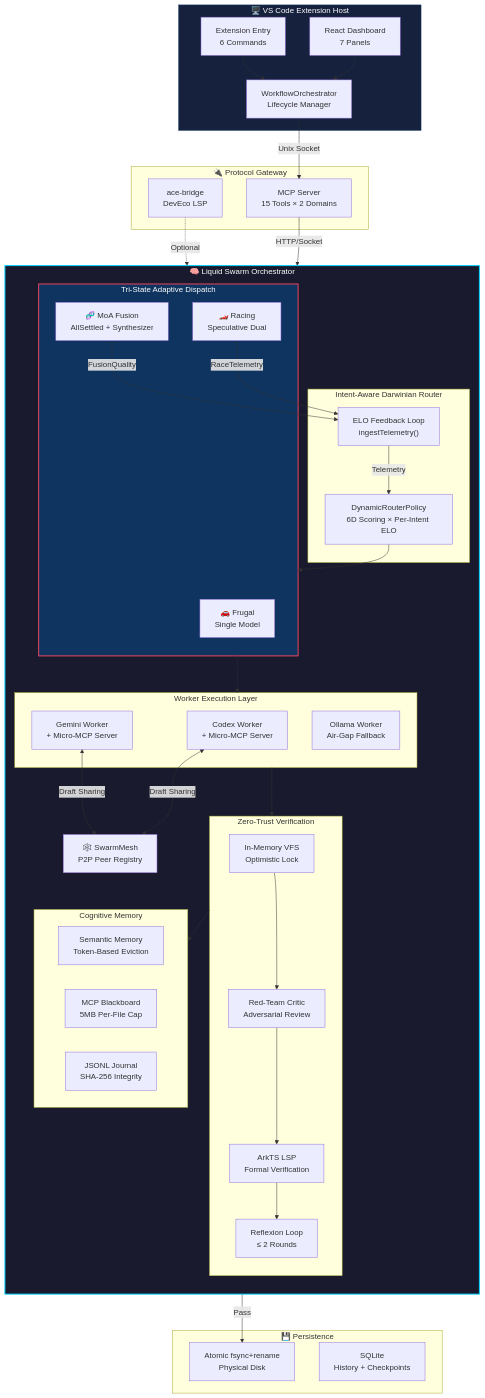
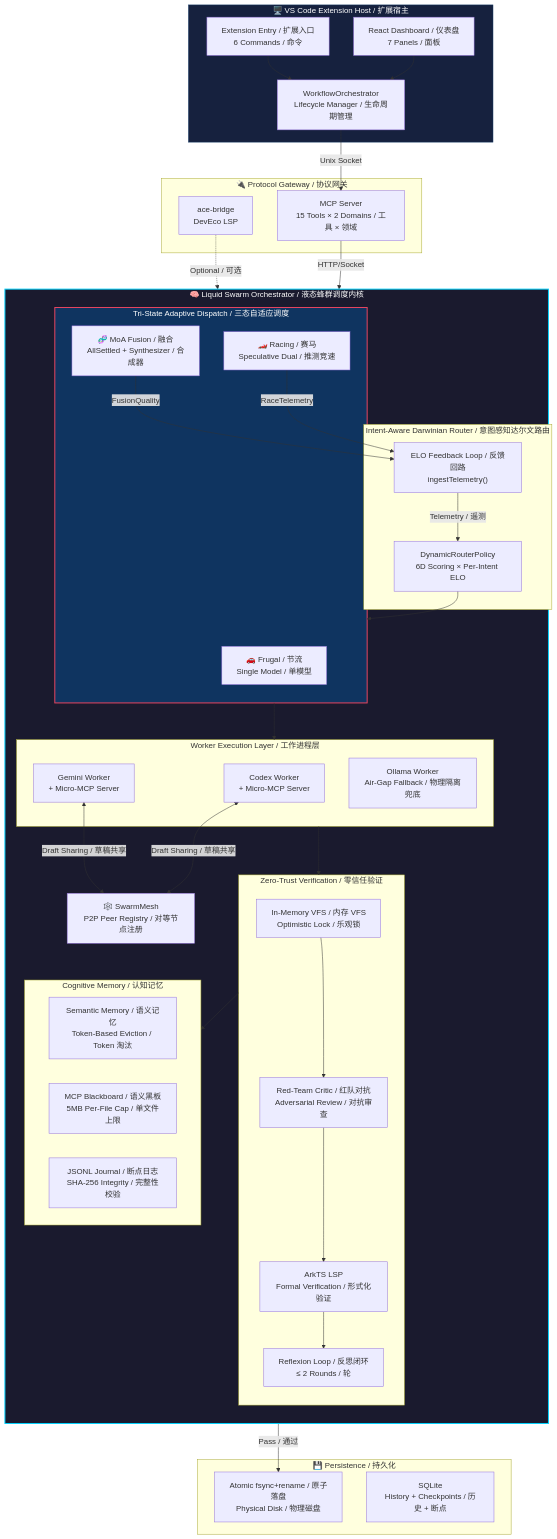
Before and after one commit to like3213934360-lab/conductor: the first of 3 diagrams in ARCHITECTURE.md, drawn with Mermaid. The commit also changed other lines of this file and 2 other files, not shown here.

Commit message:
docs: 🌏 全量中英双语改写 — README.md + ARCHITECTURE.md + taskd README.md

````diff
--- a/ARCHITECTURE.md
+++ b/ARCHITECTURE.md
@@ -42,82 +46,82 @@
 ```mermaid
 graph TB
-    subgraph HOST["🖥️ VS Code Extension Host"]
-        EXT["Extension Entry<br/>6 Commands"]
-        DASH["React Dashboard<br/>7 Panels"]
-        ORCH["WorkflowOrchestrator<br/>Lifecycle Manager"]
+    subgraph HOST["🖥️ VS Code Extension Host / 扩展宿主"]
+        EXT["Extension Entry / 扩展入口<br/>6 Commands / 命令"]
+        DASH["React Dashboard / 仪表盘<br/>7 Panels / 面板"]
+        ORCH["WorkflowOrchestrator<br/>Lifecycle Manager / 生命周期管理"]
     end
 
-    subgraph GATEWAY["🔌 Protocol Gateway"]
-        MCP["MCP Server<br/>15 Tools × 2 Domains"]
+    subgraph GATEWAY["🔌 Protocol Gateway / 协议网关"]
+        MCP["MCP Server<br/>15 Tools × 2 Domains / 工具 × 领域"]
         BRIDGE["ace-bridge<br/>DevEco LSP"]
     end
 
-    subgraph LSO["🧠 Liquid Swarm Orchestrator"]
+    subgraph LSO["🧠 Liquid Swarm Orchestrator / 液态蜂群调度内核"]
         direction TB
         
-        subgraph ROUTING["Intent-Aware Darwinian Router"]
+        subgraph ROUTING["Intent-Aware Darwinian Router / 意图感知达尔文路由"]
             ROUTER["DynamicRouterPolicy<br/>6D Scoring × Per-Intent ELO"]
-            ELO["ELO Feedback Loop<br/>ingestTelemetry()"]
+            ELO["ELO Feedback Loop / 反馈回路<br/>ingestTelemetry()"]
         end
 
-        subgraph DISPATCH["Tri-State Adaptive Dispatch"]
-            FRUGAL["🚗 Frugal<br/>Single Model"]
-            RACING["🏎️ Racing<br/>Speculative Dual"]
-            FUSION["🧬 MoA Fusion<br/>AllSettled + Synthesizer"]
+        subgraph DISPATCH["Tri-State Adaptive Dispatch / 三态自适应调度"]
+            FRUGAL["🚗 Frugal / 节流<br/>Single Model / 单模型"]
+            RACING["🏎️ Racing / 赛马<br/>Speculative Dual / 推测竞速"]
+            FUSION["🧬 MoA Fusion / 融合<br/>AllSettled + Synthesizer / 合成器"]
         end
 
-        subgraph EXECUTION["Worker Execution Layer"]
+        subgraph EXECUTION["Worker Execution Layer / 工作进程层"]
             W1["Codex Worker<br/>+ Micro-MCP Server"]
             W2["Gemini Worker<br/>+ Micro-MCP Server"]
-            W3["Ollama Worker<br/>Air-Gap Fallback"]
+            W3["Ollama Worker<br/>Air-Gap Fallback / 物理隔离兜底"]
         end
 
-        subgraph VERIFICATION["Zero-Trust Verification"]
-            VFS["In-Memory VFS<br/>Optimistic Lock"]
-            RED["Red-Team Critic<br/>Adversarial Review"]
-            LSP["ArkTS LSP<br/>Formal Verification"]
-            REFL["Reflexion Loop<br/>≤ 2 Rounds"]
+        subgraph VERIFICATION["Zero-Trust Verification / 零信任验证"]
+            VFS["In-Memory VFS / 内存 VFS<br/>Optimistic Lock / 乐观锁"]
+            RED["Red-Team Critic / 红队对抗<br/>Adversarial Review / 对抗审查"]
+            LSP["ArkTS LSP<br/>Formal Verification / 形式化验证"]
+            REFL["Reflexion Loop / 反思闭环<br/>≤ 2 Rounds / 轮"]
         end
 
-        subgraph MEMORY["Cognitive Memory"]
-            SEM["Semantic Memory<br/>Token-Based Eviction"]
-            BB["MCP Blackboard<br/>5MB Per-File Cap"]
-            JOURNAL["JSONL Journal<br/>SHA-256 Integrity"]
+        subgraph MEMORY["Cognitive Memory / 认知记忆"]
+            SEM["Semantic Memory / 语义记忆<br/>Token-Based Eviction / Token 淘汰"]
+            BB["MCP Blackboard / 语义黑板<br/>5MB Per-File Cap / 单文件上限"]
+            JOURNAL["JSONL Journal / 断点日志<br/>SHA-256 Integrity / 完整性校验"]
         end
 
-        MESH["🕸️ SwarmMesh<br/>P2P Peer Registry"]
+        MESH["🕸️ SwarmMesh<br/>P2P Peer Registry / 对等节点注册"]
     end
 
-    subgraph STORAGE["💾 Persistence"]
-        DISK["Atomic fsync+rename<br/>Physical Disk"]
-        SQLITE["SQLite<br/>History + Checkpoints"]
+    subgraph STORAGE["💾 Persistence / 持久化"]
+        DISK["Atomic fsync+rename / 原子落盘<br/>Physical Disk / 物理磁盘"]
+        SQLITE["SQLite<br/>History + Checkpoints / 历史 + 断点"]
     end
 
     EXT --> ORCH
     DASH --> ORCH
     ORCH -->|"Unix Socket"| MCP
     MCP -->|"HTTP/Socket"| LSO
-    BRIDGE -.->|"Optional"| LSP
+    BRIDGE -.->|"Optional / 可选"| LSP
 
     ROUTER --> DISPATCH
-    ELO -->|"Telemetry"| ROUTER
+    ELO -->|"Telemetry / 遥测"| ROUTER
     DISPATCH --> EXECUTION
-    W1 <-->|"Draft Sharing"| MESH
-    W2 <-->|"Draft Sharing"| MESH
+    W1 <-->|"Draft Sharing / 草稿共享"| MESH
+    W2 <-->|"Draft Sharing / 草稿共享"| MESH
     EXECUTION --> VERIFICATION
     RACING -->|"RaceTelemetry"| ELO
     FUSION -->|"FusionQuality"| ELO
     VFS --> RED
     RED --> LSP
     LSP --> REFL
-    REFL -->|"Pass"| DISK
+    REFL -->|"Pass / 通过"| DISK
     VERIFICATION --> MEMORY
 
     classDef kernel fill:#1a1a2e,stroke:#00d4ff,stroke-width:2px,color:#fff
     classDef host fill:#16213e,stroke:#0f3460,stroke-width:1px,color:#fff
     classDef dispatch fill:#0f3460,stroke:#e94560,stroke-width:2px,color:#fff
     
     class LSO kernel
     class HOST host
     class DISPATCH dispatch
 ```
````
